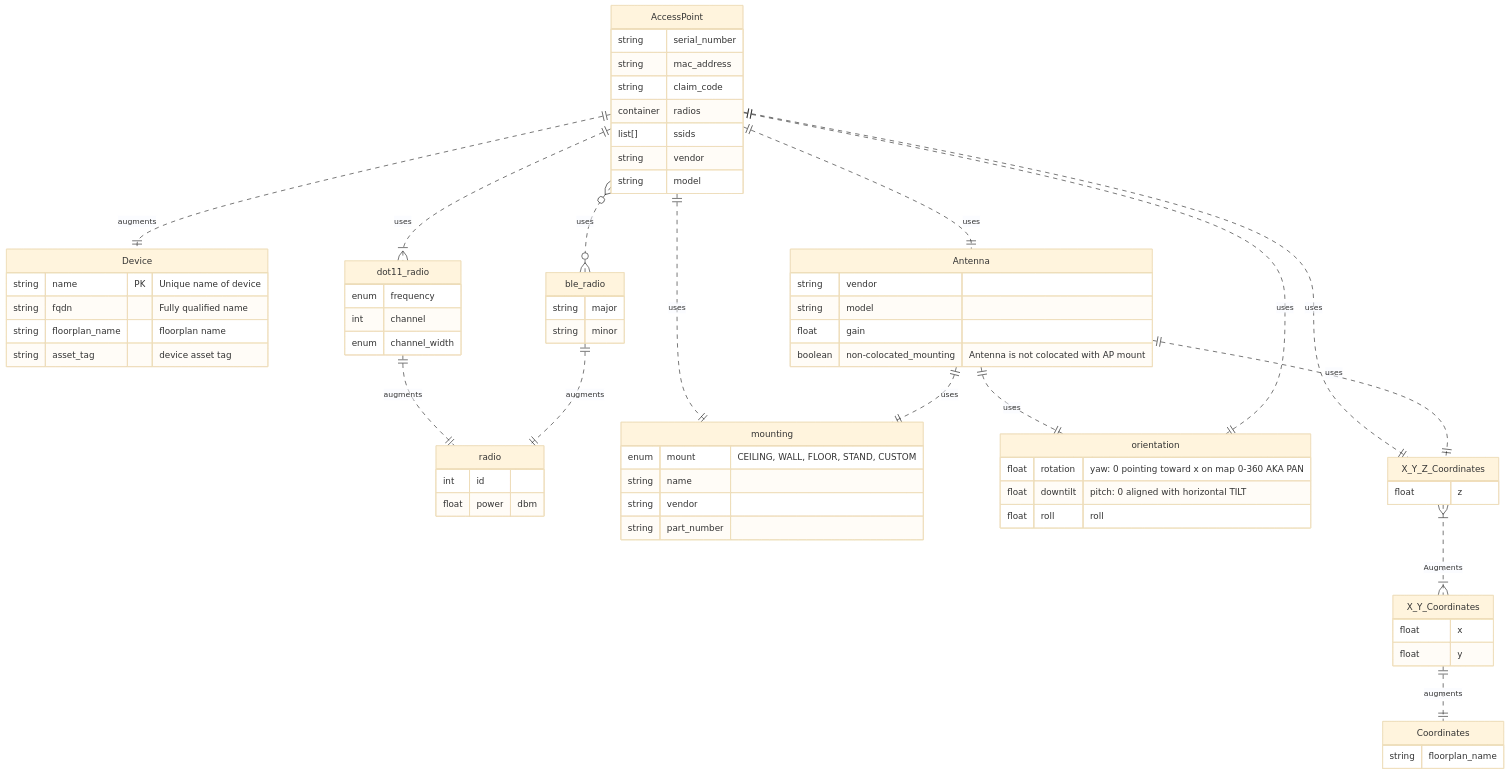
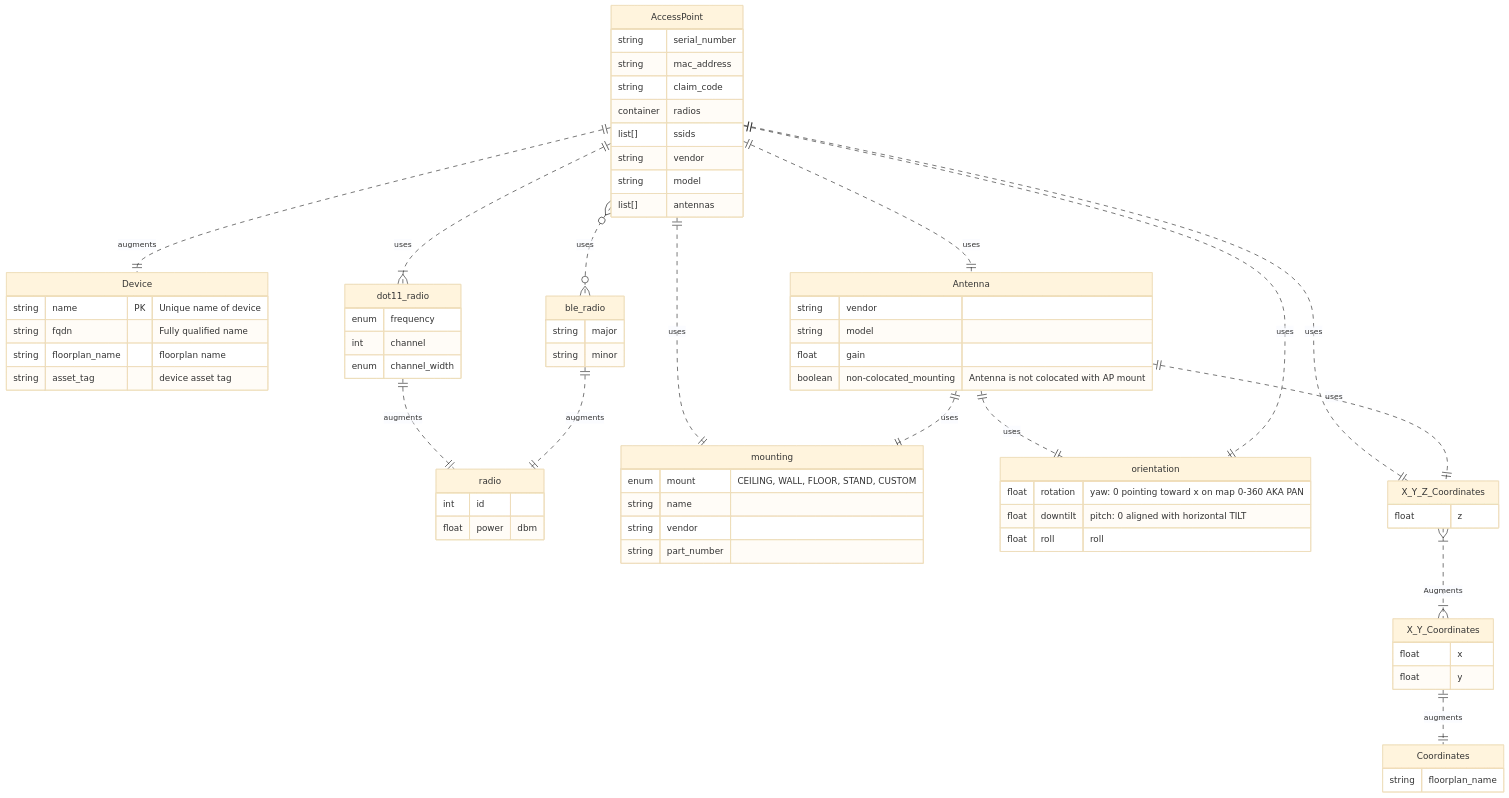
Before and after one commit to google/openintent: the second of 3 diagrams in docs/model_ideas.md, drawn with Mermaid (base theme). The commit also changed other lines of this file, not shown here.

Commit message:
Adding some jsonschema ideas to the bottom.

```diff
--- a/docs/model_ideas.md
+++ b/docs/model_ideas.md
@@ -101,6 +88,7 @@
         list[] ssids
         string vendor
         string model
+        list[] antennas
 
         
     }
```
